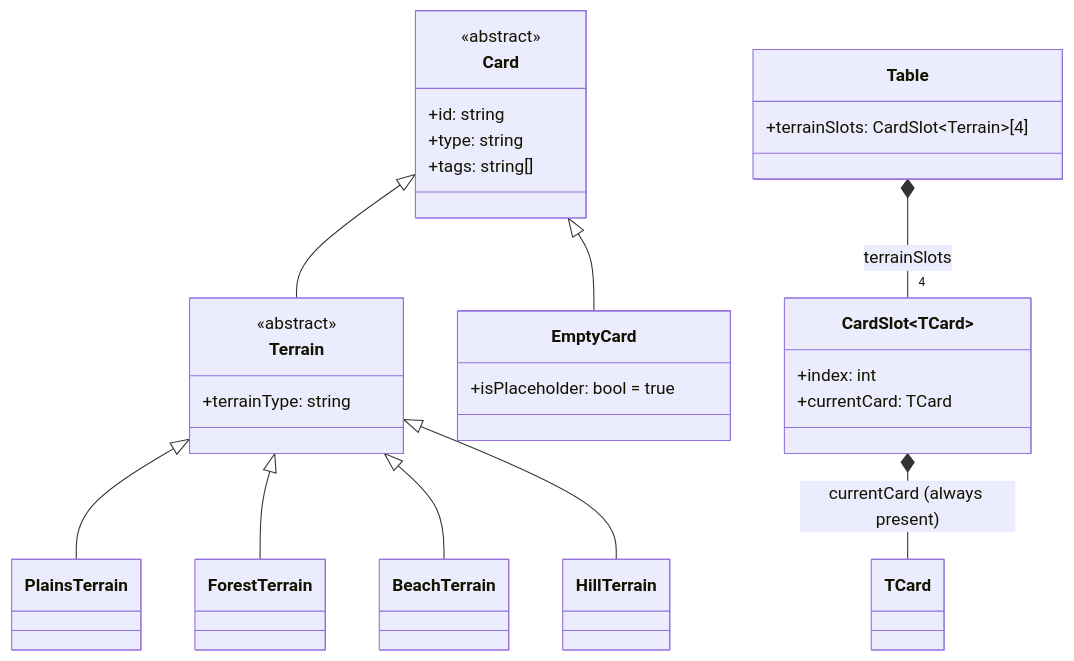
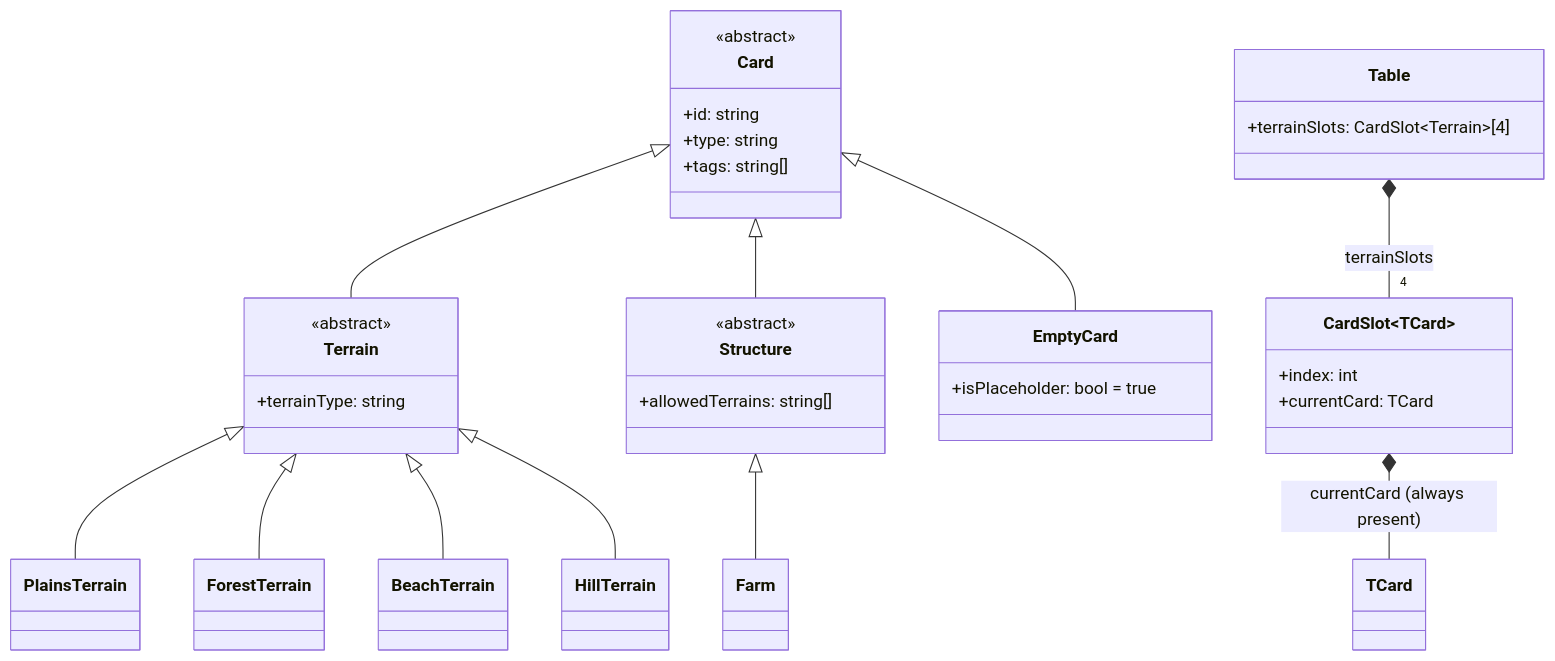
The first of 2 diagrams in StrategyGame/data-structure.md (AJosephsen/gfxer), drawn with Mermaid before and after one commit. The commit also changed other lines of this file, not shown here.

Commit message:
docs: add farm as structure subclass in UML

````diff
--- a/StrategyGame/data-structure.md
+++ b/StrategyGame/data-structure.md
@@ -17,41 +17,50 @@
 ```mermaid
 classDiagram
     class Card {
         <<abstract>>
         +id: string
         +type: string
         +tags: string[]
     }
 
     class Terrain {
         <<abstract>>
         +terrainType: string
     }
+
+    class Structure {
+        <<abstract>>
+        +allowedTerrains: string[]
+    }
+
+    class Farm
 
     class PlainsTerrain
     class ForestTerrain
     class BeachTerrain
     class HillTerrain
 
     class EmptyCard {
         +isPlaceholder: bool = true
     }
 
     class CardSlot~TCard~ {
         +index: int
         +currentCard: TCard
     }
 
     class Table {
         +terrainSlots: CardSlot~Terrain~[4]
     }
 
     Card <|-- EmptyCard
     Card <|-- Terrain
+    Card <|-- Structure
+    Structure <|-- Farm
     Terrain <|-- PlainsTerrain
     Terrain <|-- ForestTerrain
     Terrain <|-- BeachTerrain
     Terrain <|-- HillTerrain
     CardSlot~TCard~ *-- TCard : currentCard (always present)
     Table *-- "4" CardSlot~Terrain~ : terrainSlots
 ```
````
